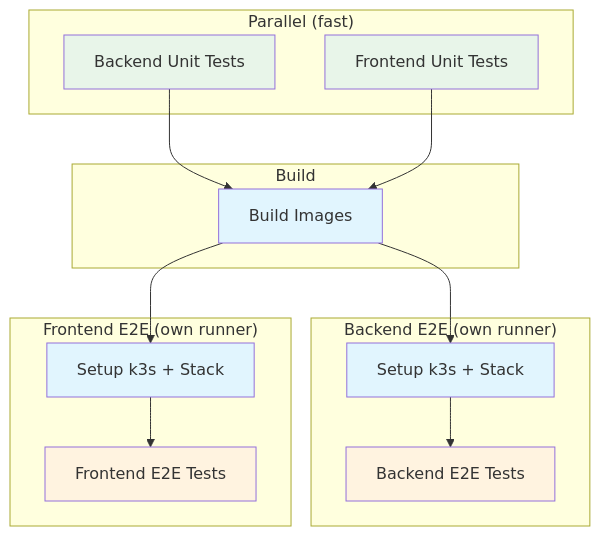
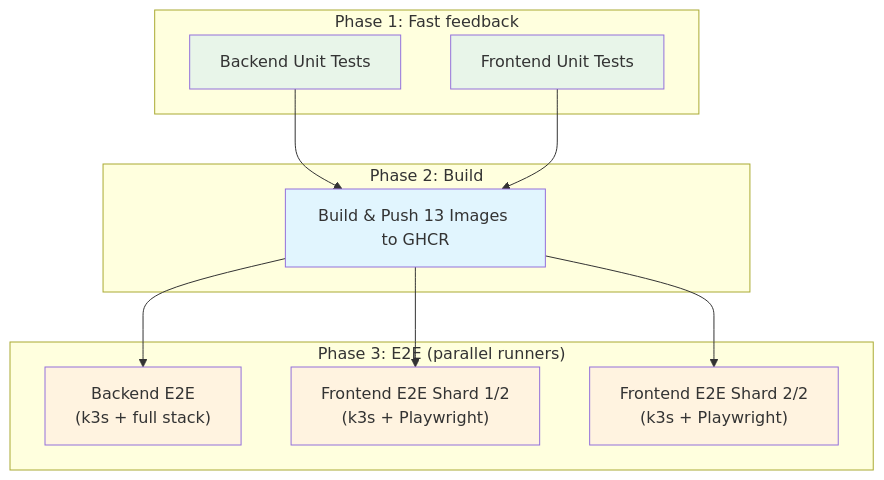
One commit to HardMax71/Integr8sCode changed the second of 3 diagrams in docs/operations/cicd.md. Above: the diagram before and after it, drawn with Mermaid. The commit also changed other lines of this file and 12 other files, not shown here.

````diff
--- a/docs/operations/cicd.md
+++ b/docs/operations/cicd.md
@@ -128,36 +87,28 @@
 ```mermaid
 graph TD
-    subgraph "Parallel (fast)"
-        A[Backend Unit Tests]
-        B[Frontend Unit Tests]
+    subgraph "Phase 1: Fast feedback"
+        A["Backend Unit Tests"]
+        B["Frontend Unit Tests"]
     end
 
-    subgraph "Build"
-        C[Build Images]
+    subgraph "Phase 2: Build"
+        C["Build & Push 13 Images to GHCR"]
     end
 
-    subgraph "Backend E2E (own runner)"
-        D1[Setup k3s + Stack]
-        E[Backend E2E Tests]
-        D1 --> E
-    end
-
-    subgraph "Frontend E2E (own runner)"
-        D2[Setup k3s + Stack]
-        F[Frontend E2E Tests]
-        D2 --> F
+    subgraph "Phase 3: E2E (parallel runners)"
+        D["Backend E2E<br/>(k3s + full stack)"]
+        E["Frontend E2E Shard 1/2<br/>(k3s + Playwright)"]
+        F["Frontend E2E Shard 2/2<br/>(k3s + Playwright)"]
     end
 
     A --> C
     B --> C
-    C --> D1
-    C --> D2
+    C --> D & E & F
 
     style A fill:#e8f5e9
     style B fill:#e8f5e9
     style C fill:#e1f5fe
-    style D1 fill:#e1f5fe
-    style D2 fill:#e1f5fe
+    style D fill:#fff3e0
     style E fill:#fff3e0
     style F fill:#fff3e0
 ```
````
